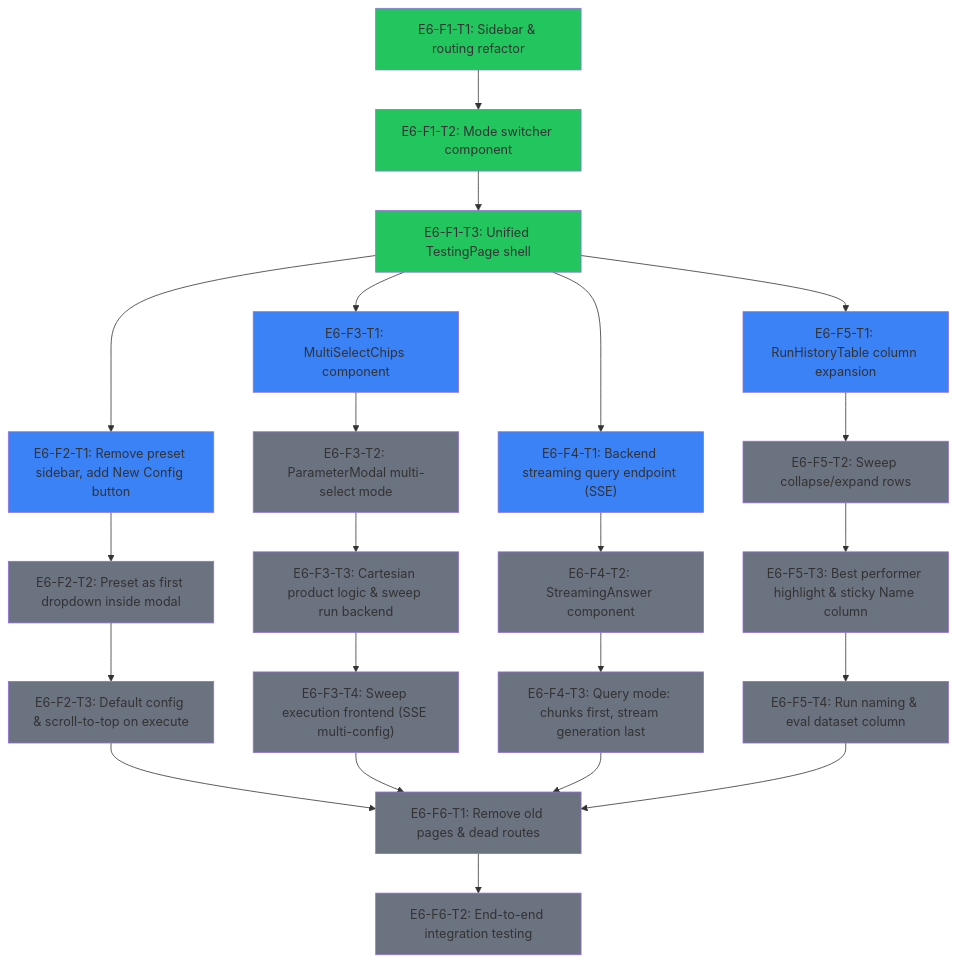
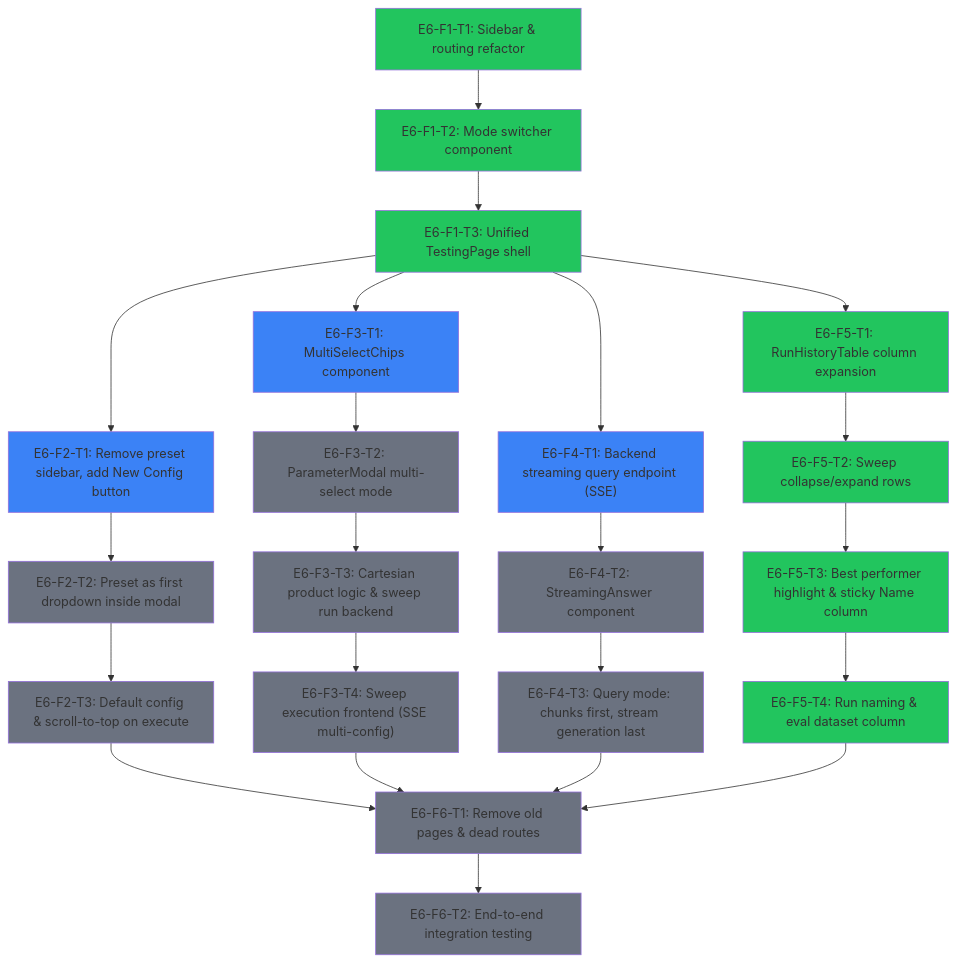
The diagram in roadmap_unification.md (Vutiot/EvenementsRAG), drawn with Mermaid before and after one commit. The commit also changed other lines of this file and 9 other files, not shown here.

````diff
--- a/roadmap_unification.md
+++ b/roadmap_unification.md
@@ -15,74 +15,74 @@
 ```mermaid
 graph TD
   E6F1T1["E6-F1-T1: Sidebar & routing refactor"]
   E6F1T2["E6-F1-T2: Mode switcher component"]
   E6F1T3["E6-F1-T3: Unified TestingPage shell"]
 
   E6F2T1["E6-F2-T1: Remove preset sidebar, add New Config button"]
   E6F2T2["E6-F2-T2: Preset as first dropdown inside modal"]
   E6F2T3["E6-F2-T3: Default config & scroll-to-top on execute"]
 
   E6F3T1["E6-F3-T1: MultiSelectChips component"]
   E6F3T2["E6-F3-T2: ParameterModal multi-select mode"]
   E6F3T3["E6-F3-T3: Cartesian product logic & sweep run backend"]
   E6F3T4["E6-F3-T4: Sweep execution frontend (SSE multi-config)"]
 
   E6F4T1["E6-F4-T1: Backend streaming query endpoint (SSE)"]
   E6F4T2["E6-F4-T2: StreamingAnswer component"]
   E6F4T3["E6-F4-T3: Query mode: chunks first, stream generation last"]
 
   E6F5T1["E6-F5-T1: RunHistoryTable column expansion"]
   E6F5T2["E6-F5-T2: Sweep collapse/expand rows"]
   E6F5T3["E6-F5-T3: Best performer highlight & sticky Name column"]
   E6F5T4["E6-F5-T4: Run naming & eval dataset column"]
 
   E6F6T1["E6-F6-T1: Remove old pages & dead routes"]
   E6F6T2["E6-F6-T2: End-to-end integration testing"]
 
   E6F1T1 --> E6F1T2
   E6F1T2 --> E6F1T3
 
   E6F1T3 --> E6F2T1
   E6F2T1 --> E6F2T2
   E6F2T2 --> E6F2T3
 
   E6F1T3 --> E6F3T1
   E6F3T1 --> E6F3T2
   E6F3T2 --> E6F3T3
   E6F3T3 --> E6F3T4
 
   E6F1T3 --> E6F4T1
   E6F4T1 --> E6F4T2
   E6F4T2 --> E6F4T3
 
   E6F1T3 --> E6F5T1
   E6F5T1 --> E6F5T2
   E6F5T2 --> E6F5T3
   E6F5T3 --> E6F5T4
 
   E6F2T3 --> E6F6T1
   E6F3T4 --> E6F6T1
   E6F4T3 --> E6F6T1
   E6F5T4 --> E6F6T1
   E6F6T1 --> E6F6T2
 
   style E6F1T1 fill:#22c55e
   style E6F1T2 fill:#22c55e
   style E6F1T3 fill:#22c55e
   style E6F2T1 fill:#3b82f6
   style E6F2T2 fill:#6b7280
   style E6F2T3 fill:#6b7280
   style E6F3T1 fill:#3b82f6
   style E6F3T2 fill:#6b7280
   style E6F3T3 fill:#6b7280
   style E6F3T4 fill:#6b7280
   style E6F4T1 fill:#3b82f6
   style E6F4T2 fill:#6b7280
   style E6F4T3 fill:#6b7280
-  style E6F5T1 fill:#3b82f6
-  style E6F5T2 fill:#6b7280
-  style E6F5T3 fill:#6b7280
-  style E6F5T4 fill:#6b7280
+  style E6F5T1 fill:#22c55e
+  style E6F5T2 fill:#22c55e
+  style E6F5T3 fill:#22c55e
+  style E6F5T4 fill:#22c55e
   style E6F6T1 fill:#6b7280
   style E6F6T2 fill:#6b7280
 ```
````
